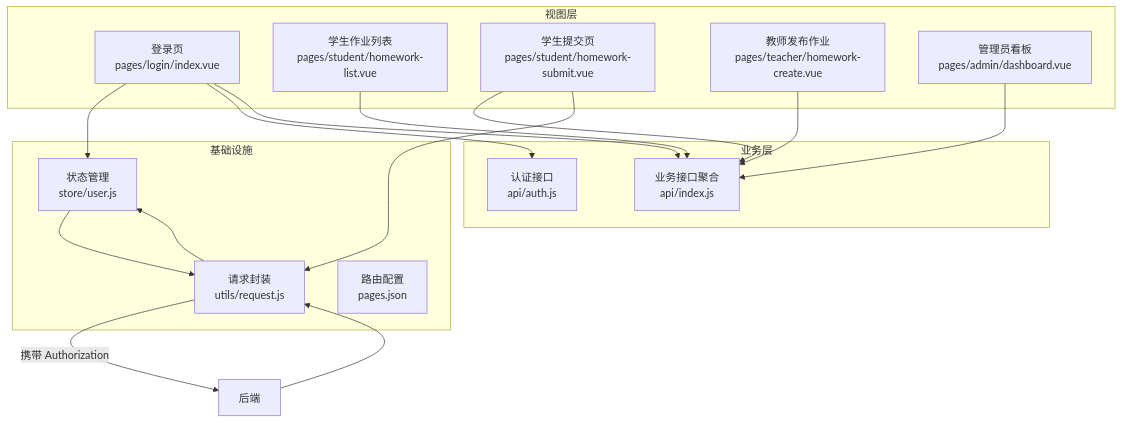
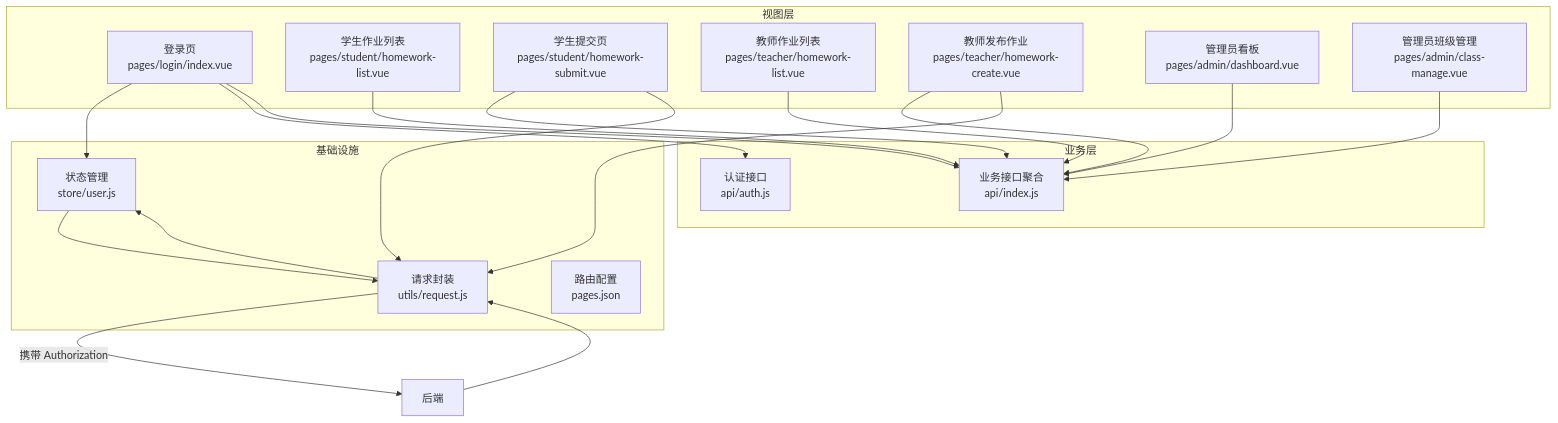
One commit to Jian9527/HelenEdu changed the second of 6 diagrams in .qoder/repowiki/zh/content/前端系统设计/前端系统设计.md. Above: the diagram before and after it, drawn with Mermaid. The commit also changed other lines of this file and 41 other files, not shown here.

````diff
--- a/.qoder/repowiki/zh/content/前端系统设计/前端系统设计.md
+++ b/.qoder/repowiki/zh/content/前端系统设计/前端系统设计.md
@@ -96,31 +90,36 @@
 ```mermaid
 graph TB
 subgraph "视图层"
 L["登录页<br/>pages/login/index.vue"]
 SL["学生作业列表<br/>pages/student/homework-list.vue"]
 SS["学生提交页<br/>pages/student/homework-submit.vue"]
+TL["教师作业列表<br/>pages/teacher/homework-list.vue"]
 TC["教师发布作业<br/>pages/teacher/homework-create.vue"]
 AD["管理员看板<br/>pages/admin/dashboard.vue"]
+AC["管理员班级管理<br/>pages/admin/class-manage.vue"]
 end
 subgraph "业务层"
 AI["业务接口聚合<br/>api/index.js"]
 AU["认证接口<br/>api/auth.js"]
 end
 subgraph "基础设施"
 REQ["请求封装<br/>utils/request.js"]
 PIN["状态管理<br/>store/user.js"]
 PAGES["路由配置<br/>pages.json"]
 end
 L --> PIN
 L --> AU
 L --> AI
 SL --> AI
 SS --> AI
 SS --> REQ
+TL --> AI
 TC --> AI
+TC --> REQ
 AD --> AI
+AC --> AI
 PIN --> REQ
 REQ --> |"携带 Authorization"| 后端
 后端 --> REQ
 REQ --> PIN
 ```
````
